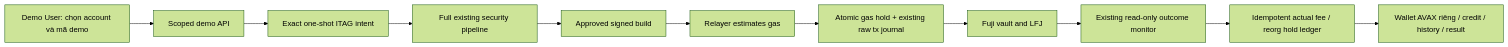
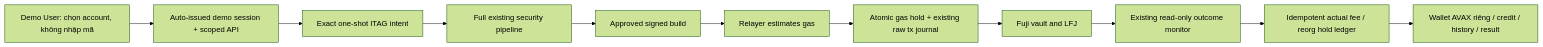
One commit to ursuswh-metamorphic/PaceVant changed diagram 11 of 11 in docs/AI_Treasury_Security_System_Design_v2.1.md. Above: the diagram before and after it, drawn with Mermaid (forest theme). The commit also changed other lines of this file and 15 other files, not shown here.

Commit message:
feat: allow one-click Demo User selection without entering credentials

````diff
--- a/docs/AI_Treasury_Security_System_Design_v2.1.md
+++ b/docs/AI_Treasury_Security_System_Design_v2.1.md
@@ -1013,13 +1013,13 @@
 ```mermaid
 flowchart LR
-  U[Demo User: chọn account và mã demo] --> D[Scoped demo API]
+  U[Demo User: chọn account, không nhập mã] --> D[Auto-issued demo session + scoped API]
   D --> I[Exact one-shot ITAG intent]
   I --> W[Full existing security pipeline]
   W --> S[Approved signed build]
   S --> R[Relayer estimates gas]
   R --> DB[Atomic gas hold + existing raw tx journal]
   DB --> F[Fuji vault and LFJ]
   F --> M[Existing read-only outcome monitor]
   M --> L[Idempotent actual fee / reorg hold ledger]
   L --> UI[Wallet AVAX riêng / credit / history / result]
 ```
````
